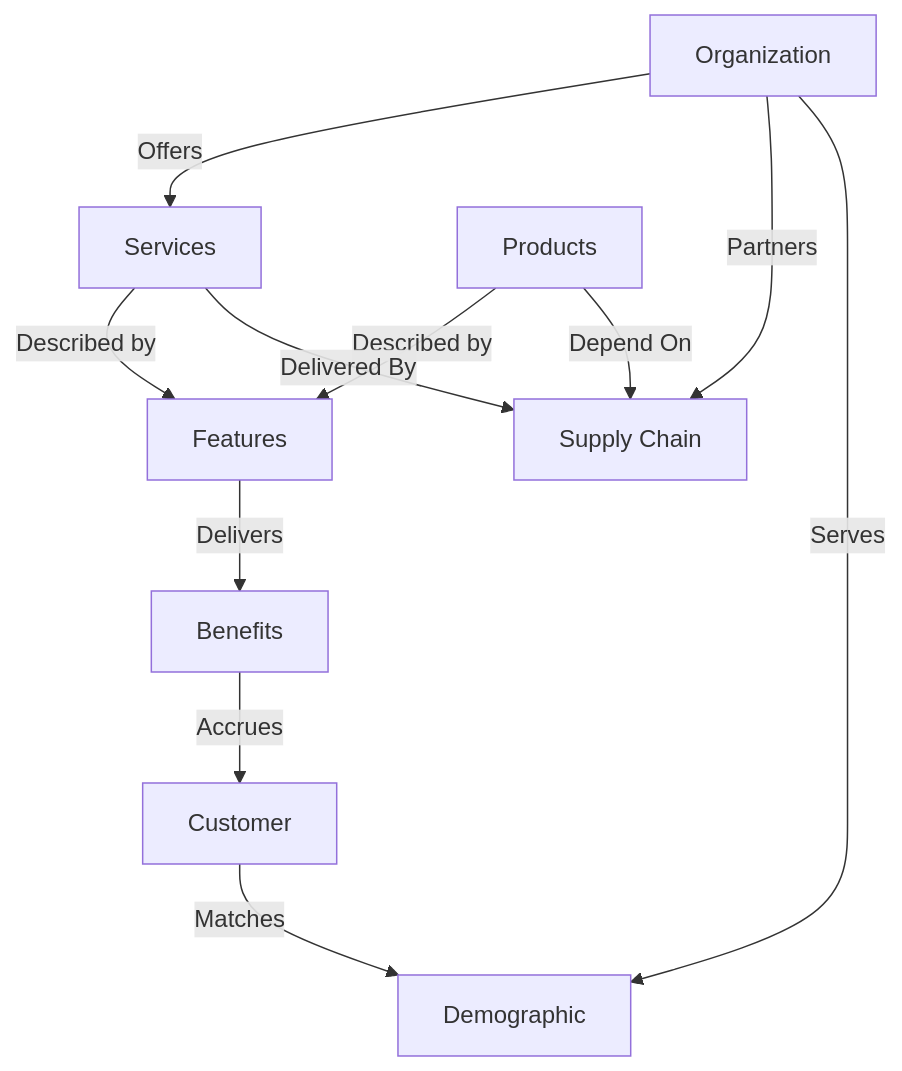
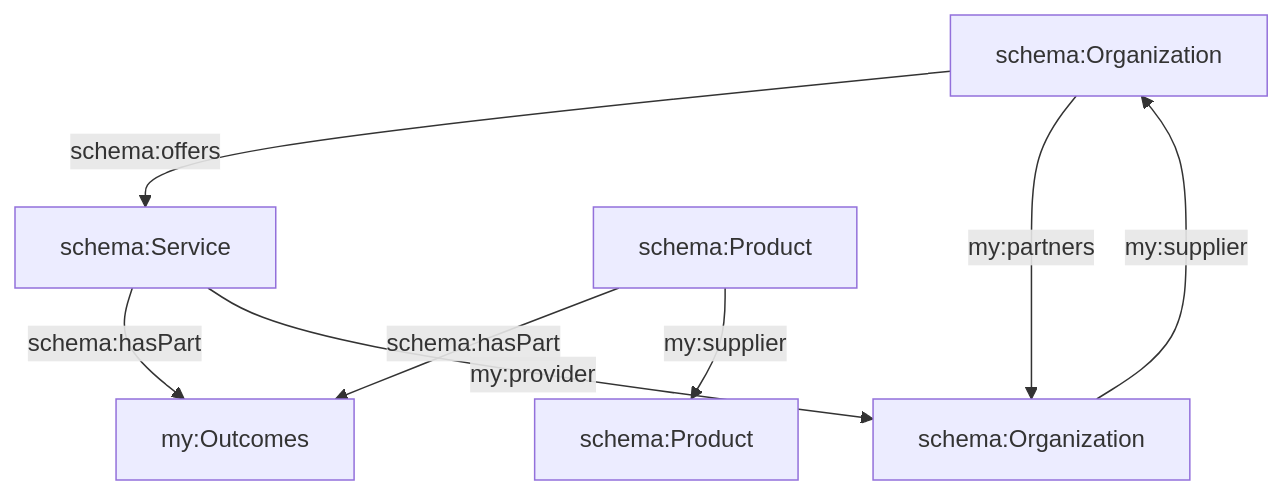
Before and after one commit to fact-claims/fact.claims: the first of 3 diagrams in www/content/rfc/draft.md, drawn with Mermaid. The commit also changed other lines of this file, not shown here.

````diff
--- a/www/content/rfc/draft.md
+++ b/www/content/rfc/draft.md
@@ -56,13 +43,10 @@
 ```mermaid
 graph TB;
-  Organization -->|Offers| Services[Services]
-  Products -->|Described by| Features[Features]
-  Services -->|Described by| Features[Features]
-  Products -->|Depend On| SupplyChain
-  Services -->|Delivered By| SupplyChain
-  Features -->|Delivers| Benefits
-  Benefits -->|Accrues| Customer[Customer]
-  Organization -->|Partners| SupplyChain[Supply Chain]
-  Organization -->|Serves| Demographic
-  Customer -->|Matches |Demographic
+  Organization["schema:Organization"] -->|schema:offers| Services["schema:Service"]
+  Organization2 -->|my:supplier| Organization["schema:Organization"]
+  Products["schema:Product"] -->|schema:hasPart| Outcomes["my:Outcomes"]
+  Services -->|schema:hasPart| Outcomes
+  Products -->|my:supplier| SupplyChain["schema:Product"]
+  Services -->|my:provider| Organization2
+  Organization -->|my:partners| Organization2["schema:Organization"]
 ```
````
